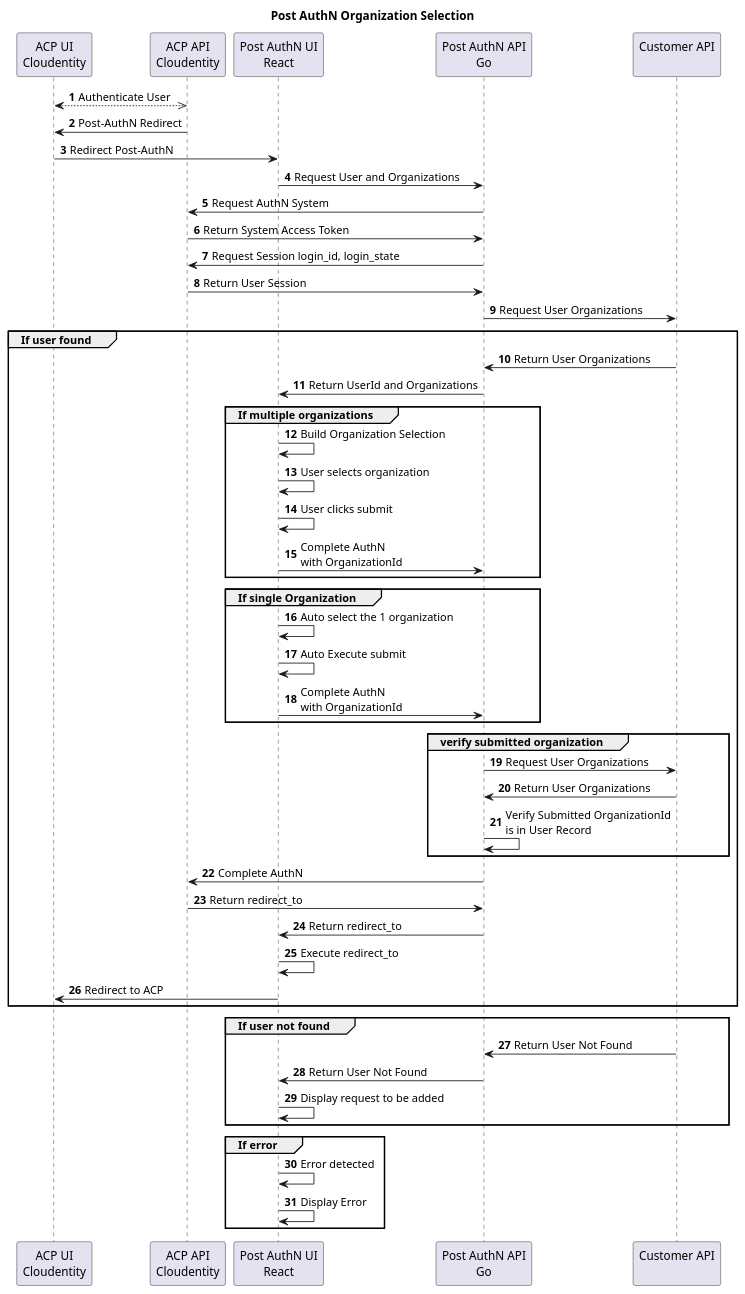
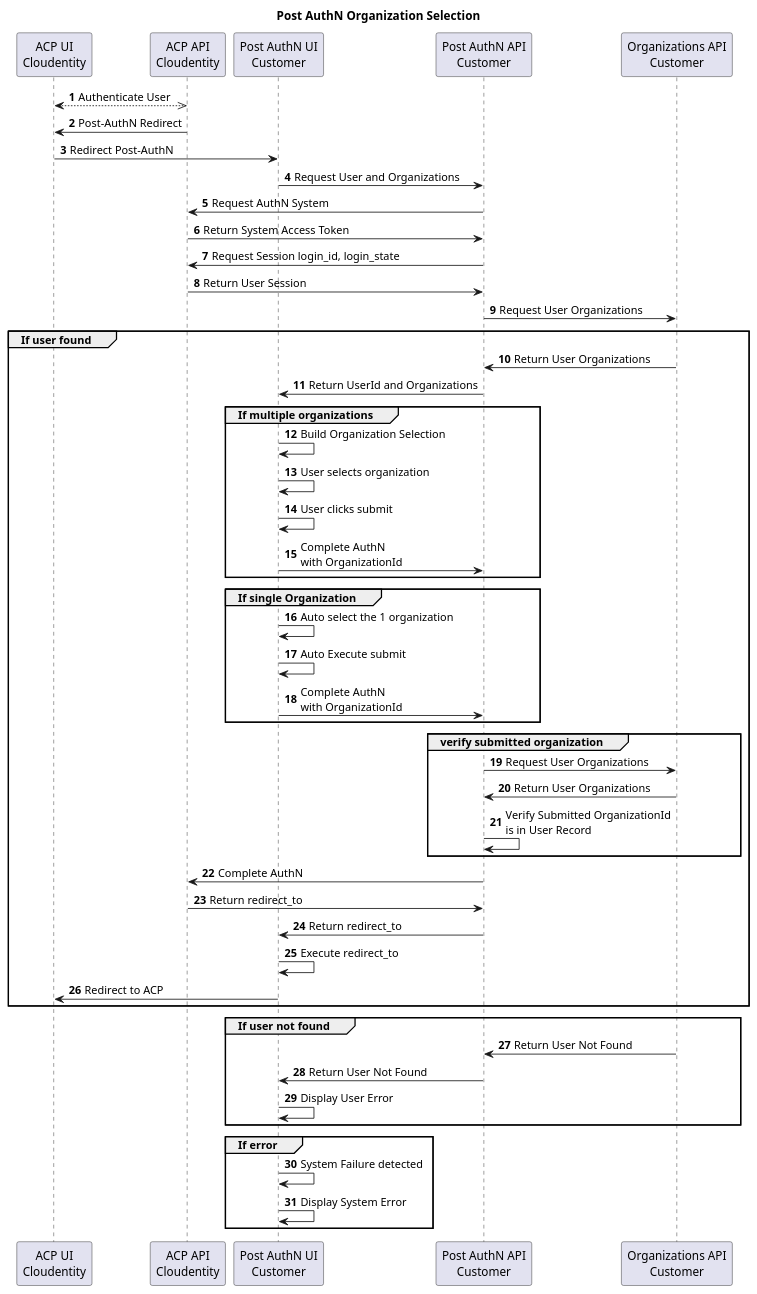
One commit to cloudentity/ce-samples-post-authn changed the diagram in docs/post-authn-flow.puml. Above: the diagram before and after it, drawn with PlantUML. The commit also changed 1 other file, not shown here.

Commit message:
Reverted organization.length so that a system error is generated

```diff
--- a/docs/post-authn-flow.puml
+++ b/docs/post-authn-flow.puml
@@ -1,63 +1,63 @@
 @startuml
 
 title "Post AuthN Organization Selection"
 scale 1.09
 autonumber
-participant acp_ui as "ACP UI\nCloudentity" 
+participant acp_ui as "ACP UI\nCloudentity"
 participant acp_api as "ACP API\nCloudentity"
-participant post_authn_ui as "Post AuthN UI\nReact"
-participant post_authn_api as "Post AuthN API\nGo"
-participant customer_api as "Customer API\n"
+participant post_authn_ui as "Post AuthN UI\nCustomer"
+participant post_authn_api as "Post AuthN API\nCustomer"
+participant customer_api as "Organizations API\nCustomer"
 
 acp_ui <-->> acp_api: Authenticate User
 
 acp_ui <- acp_api: Post-AuthN Redirect
-post_authn_ui <- acp_ui: Redirect Post-AuthN 
+post_authn_ui <- acp_ui: Redirect Post-AuthN
 post_authn_ui -> post_authn_api: Request User and Organizations
 
 acp_api <- post_authn_api: Request AuthN System
 acp_api -> post_authn_api: Return System Access Token
 
 acp_api <- post_authn_api: Request Session login_id, login_state
 acp_api -> post_authn_api: Return User Session
 
 post_authn_api -> customer_api: Request User Organizations
 
 group If user found
   post_authn_api <- customer_api: Return User Organizations
   post_authn_ui <- post_authn_api: Return UserId and Organizations
   group If multiple organizations
     post_authn_ui -> post_authn_ui: Build Organization Selection
     post_authn_ui -> post_authn_ui: User selects organization
     post_authn_ui -> post_authn_ui: User clicks submit
     post_authn_ui -> post_authn_api: Complete AuthN\nwith OrganizationId
   end
   group If single Organization
     post_authn_ui -> post_authn_ui: Auto select the 1 organization
     post_authn_ui -> post_authn_ui: Auto Execute submit
     post_authn_ui -> post_authn_api: Complete AuthN\nwith OrganizationId
   end
   group verify submitted organization
     post_authn_api -> customer_api: Request User Organizations
     post_authn_api <- customer_api: Return User Organizations
     post_authn_api -> post_authn_api: Verify Submitted OrganizationId\nis in User Record
   end
   acp_api <- post_authn_api: Complete AuthN
   acp_api -> post_authn_api: Return redirect_to
   post_authn_ui <- post_authn_api: Return redirect_to
   post_authn_ui-> post_authn_ui: Execute redirect_to
   acp_ui <- post_authn_ui: Redirect to ACP
 end
 
 group If user not found
   post_authn_api <- customer_api: Return User Not Found
   post_authn_ui <- post_authn_api: Return User Not Found
-  post_authn_ui -> post_authn_ui: Display request to be added
+  post_authn_ui -> post_authn_ui: Display User Error
 end
 
 group If error
-  post_authn_ui -> post_authn_ui: Error detected
-  post_authn_ui -> post_authn_ui: Display Error
+  post_authn_ui -> post_authn_ui: System Failure detected
+  post_authn_ui -> post_authn_ui: Display System Error
 end
 
 @enduml
```
